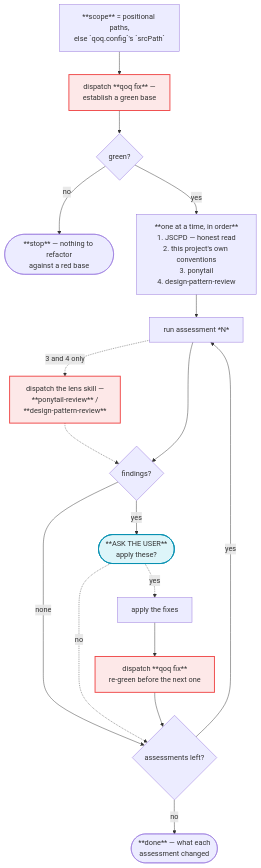
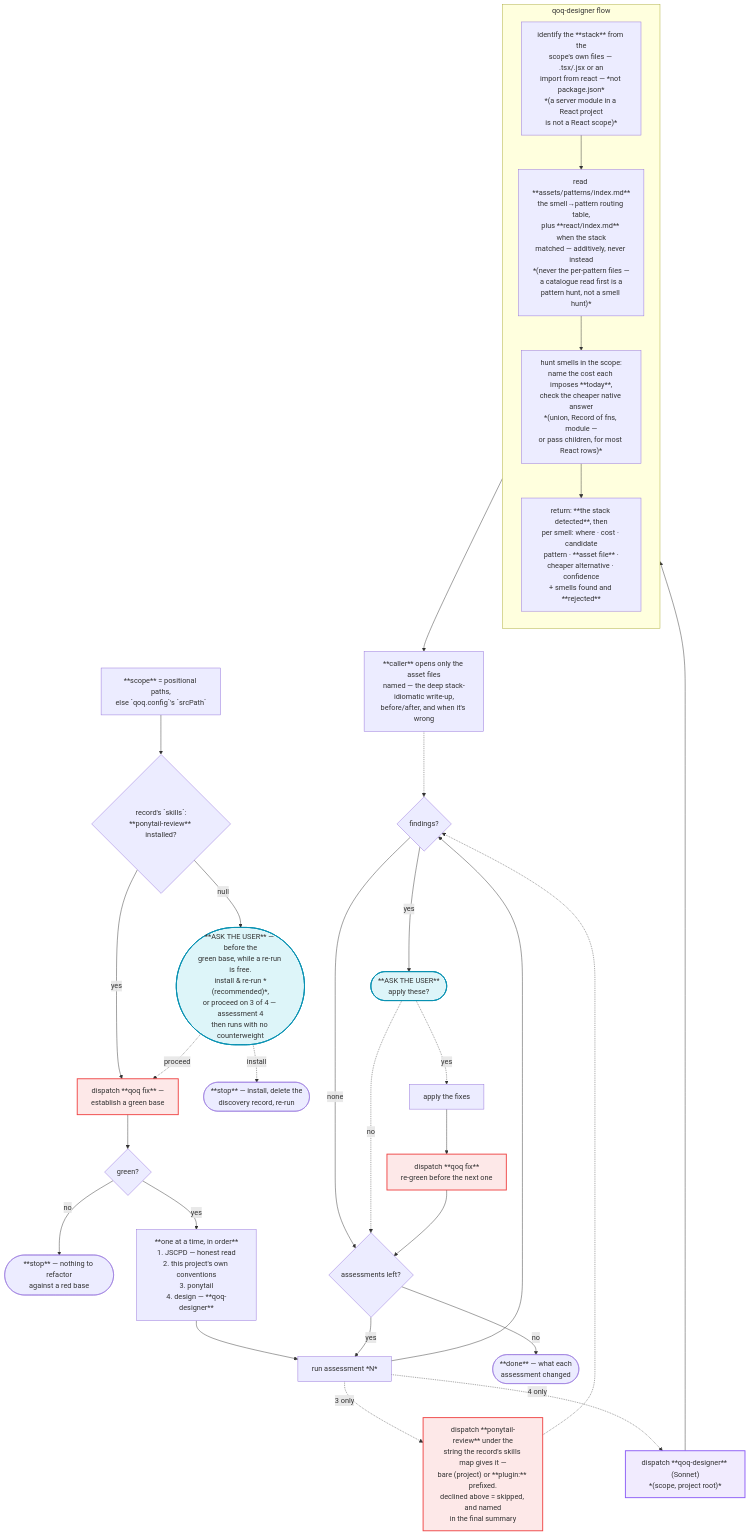
Before and after one commit to ladamczyk-it/qoq: the fourth of 9 diagrams in docs/qoq-workflows.md, drawn with Mermaid. The commit also changed other lines of this file and 53 other files, not shown here.

Commit message:
feat: add custom agent for design patterns suggestions + skill optimalizations and version sync

````diff
--- a/docs/qoq-workflows.md
+++ b/docs/qoq-workflows.md
@@ -181,29 +194,49 @@
 ```mermaid
 flowchart TD
     SCOPE["**scope** = positional paths,<br/>else `qoq.config`'s `srcPath`"]
-    SCOPE --> GB
+    SCOPE --> LENSQ
+    LENSQ{"record's `skills`:<br/>**ponytail-review** installed?"}
+    LENSQ -->|yes| GB
+    LENSQ -->|null| LENSASK(["**ASK THE USER** — before the<br/>green base, while a re-run is free.<br/>install &amp; re-run *(recommended)*,<br/>or proceed on 3 of 4 — assessment 4<br/>then runs with no counterweight"])
+    LENSASK -.->|install| LENSSTOP(["**stop** — install, delete the<br/>discovery record, re-run"])
+    LENSASK -.->|proceed| GB
     GB["dispatch **qoq fix** —<br/>establish a green base"]
     GB --> GBQ{"green?"}
     GBQ -->|no| GBSTOP(["**stop** — nothing to refactor<br/>against a red base"])
     GBQ -->|yes| SEQ
 
-    SEQ["**one at a time, in order**<br/>1. JSCPD — honest read<br/>2. this project's own conventions<br/>3. ponytail<br/>4. design-pattern-review"]
+    SEQ["**one at a time, in order**<br/>1. JSCPD — honest read<br/>2. this project's own conventions<br/>3. ponytail<br/>4. design — **qoq-designer**"]
     SEQ --> ASSESS["run assessment *N*"]
-    ASSESS -.->|"3 and 4 only"| LENS["dispatch the lens skill —<br/>**ponytail-review** /<br/>**design-pattern-review**"]
+    ASSESS -.->|"3 only"| LENS["dispatch **ponytail-review** under the<br/>string the record's skills map gives it —<br/>bare (project) or **plugin:** prefixed.<br/>declined above = skipped, and named<br/>in the final summary"]
     LENS -.-> AQ
+    ASSESS -.->|"4 only"| DSGN["dispatch **qoq-designer** (Sonnet)<br/>*(scope, project root)*"]
+
+    subgraph DESIGNER["qoq-designer flow"]
+        direction TB
+        DSTACK["identify the **stack** from the<br/>scope's own files — .tsx/.jsx or an<br/>import from react — *not package.json*<br/>*(a server module in a React project<br/>is not a React scope)*"]
+        DSTACK --> DIDX["read **assets/patterns/index.md**<br/>the smell→pattern routing table,<br/>plus **react/index.md** when the stack<br/>matched — additively, never instead<br/>*(never the per-pattern files —<br/>a catalogue read first is a<br/>pattern hunt, not a smell hunt)*"]
+        DIDX --> DSMELL["hunt smells in the scope:<br/>name the cost each imposes **today**,<br/>check the cheaper native answer<br/>*(union, Record of fns, module —<br/>or pass children, for most React rows)*"]
+        DSMELL --> DOUT["return: **the stack detected**, then<br/>per smell: where · cost · candidate<br/>pattern · **asset file** ·<br/>cheaper alternative · confidence<br/>+ smells found and **rejected**"]
+    end
+
+    DSGN --> DSTACK
+    DOUT --> DREAD["**caller** opens only the asset files<br/>named — the deep stack-idiomatic write-up,<br/>before/after, and when it's wrong"]
+    DREAD -.-> AQ
     ASSESS --> AQ{"findings?"}
     AQ -->|none| NEXT
     AQ -->|yes| APPR(["**ASK THE USER**<br/>apply these?"])
     APPR -.->|no| NEXT
     APPR -.->|yes| APPLY["apply the fixes"]
     APPLY --> REGREEN["dispatch **qoq fix**<br/>re-green before the next one"]
     REGREEN --> NEXT{"assessments left?"}
     NEXT -->|yes| ASSESS
     NEXT -->|no| RDONE(["**done** — what each<br/>assessment changed"])
 
     classDef user fill:#06b6d422,stroke:#0891b2,stroke-width:2px
     classDef skill fill:#ef44441f,stroke:#ef4444,stroke-width:2px
+    classDef agent fill:#8b5cf61f,stroke:#8b5cf6,stroke-width:2px
 
-    class APPR user
+    class APPR,LENSASK user
     class GB,REGREEN,LENS skill
+    class DSGN agent
 ```
````
